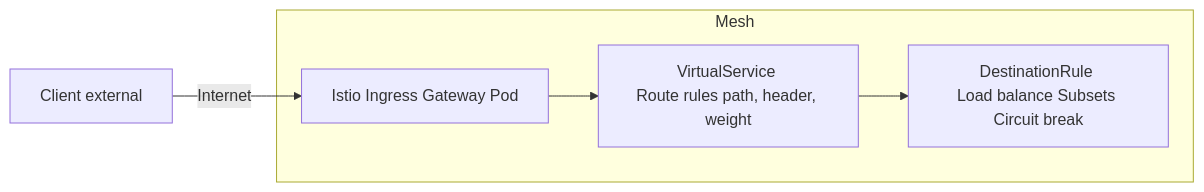
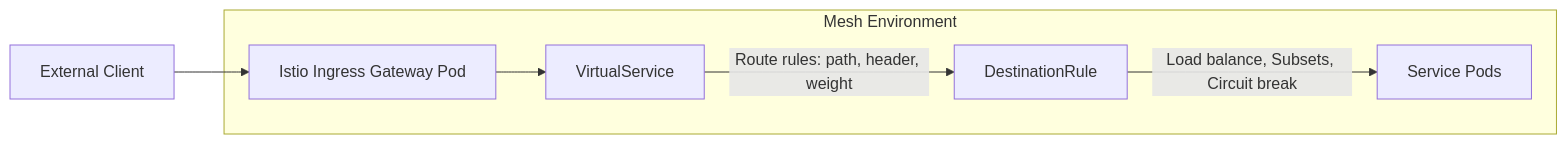
Before and after one commit to krisztiankoos/kubedojo: the second of 3 diagrams in src/content/docs/k8s/ica/module-1.2-istio-traffic-management.md, drawn with Mermaid. The commit also changed other lines of this file, not shown here.

Commit message:
chore(content): write-only draft [k8s/ica/module-1.2-istio-traffic-management]

````diff
--- a/src/content/docs/k8s/ica/module-1.2-istio-traffic-management.md
+++ b/src/content/docs/k8s/ica/module-1.2-istio-traffic-management.md
@@ -275,8 +261,9 @@
 ```mermaid
 flowchart LR
-    C[Client external] -->|Internet| G[Istio Ingress Gateway Pod]
-    subgraph Mesh
-        G --> VS[VirtualService \nRoute rules path, header, weight]
-        VS --> DR[DestinationRule \nLoad balance Subsets Circuit break]
+    Client[External Client] --> Gateway[Istio Ingress Gateway Pod]
+    subgraph Mesh Environment
+        Gateway --> VS[VirtualService]
+        VS -->|Route rules: path, header, weight| DR[DestinationRule]
+        DR -->|Load balance, Subsets, Circuit break| Pods[Service Pods]
     end
 ```
````
